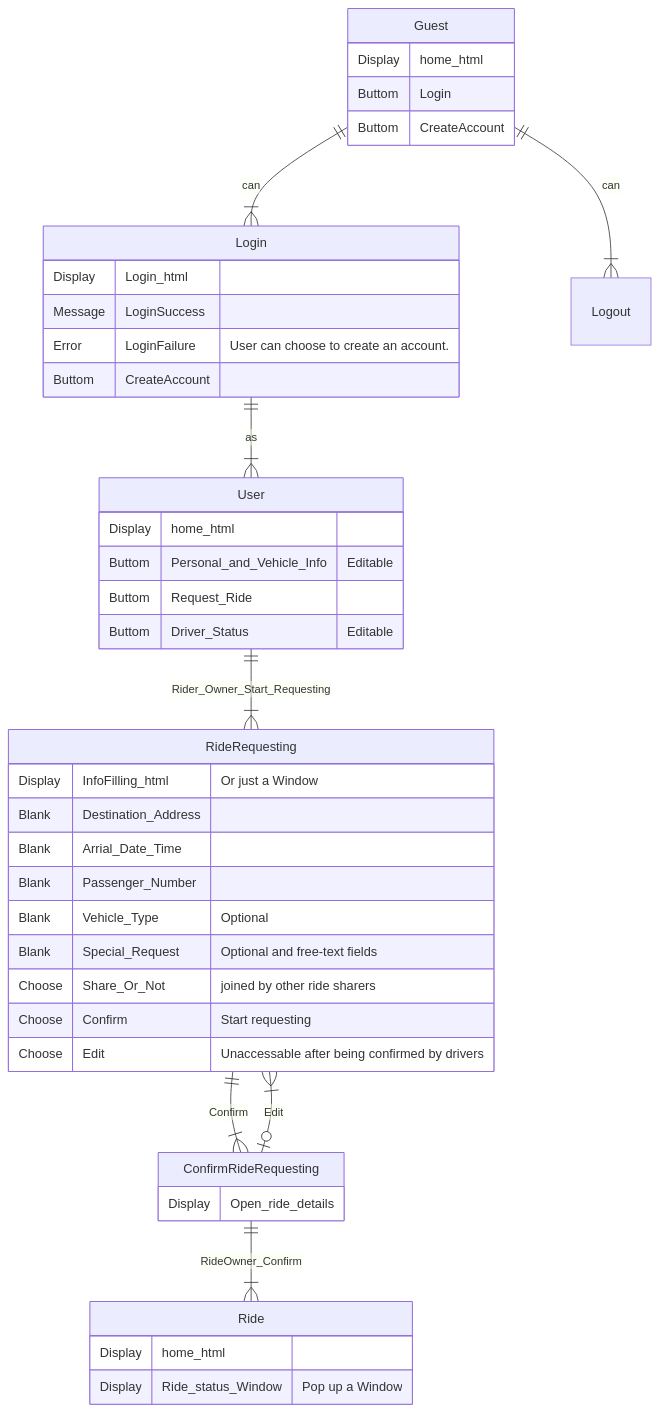
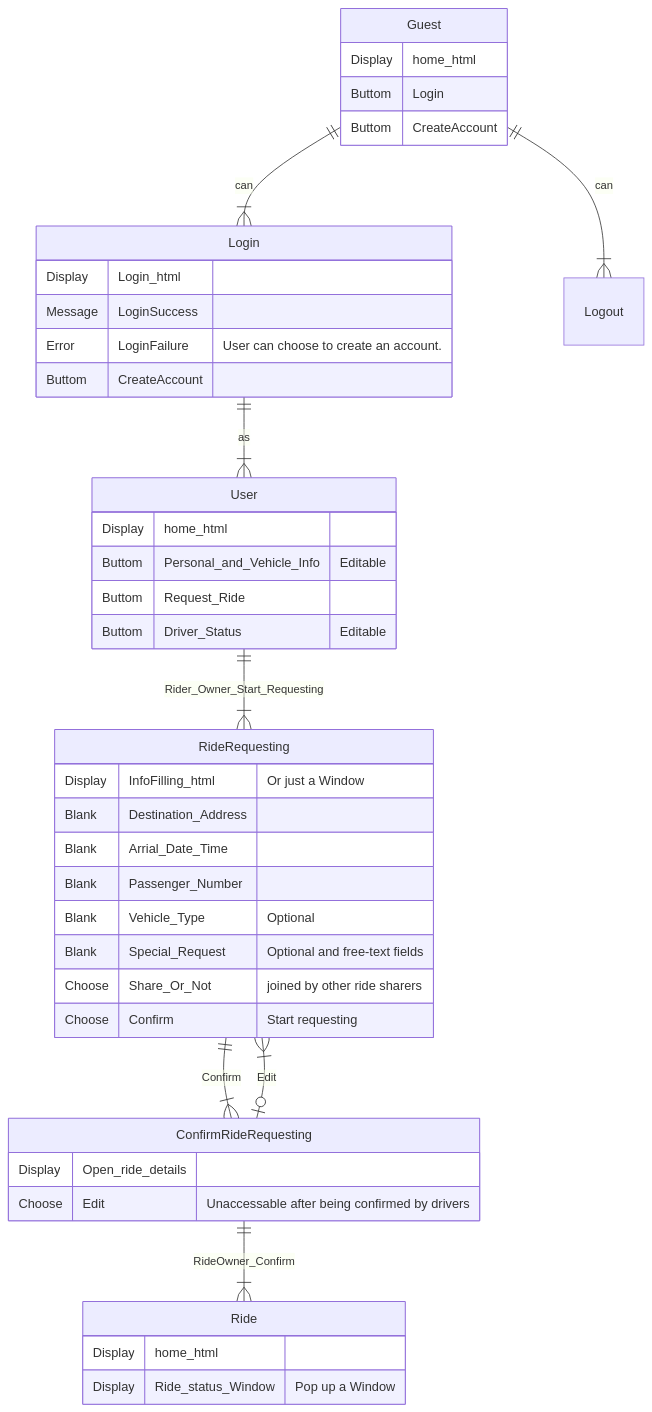
Before and after one commit to YUME-FF/Web-APP_Ride-Sharing-Service: the diagram in README.md, drawn with Mermaid. The commit also changed other lines of this file, not shown here.

````diff
--- a/README.md
+++ b/README.md
@@ -15,49 +15,49 @@
 ```mermaid
 erDiagram
 
     Guest ||--|{ Login : can
     Guest ||--|{ Logout : can
     Guest {
         Display home_html
         Buttom Login
         Buttom CreateAccount 
     }
     Login{
         Display Login_html
         Message LoginSuccess
         Error LoginFailure "User can choose to create an account."
         Buttom CreateAccount
     }
 
     Login ||--|{ User : as
     User{
         Display home_html
         Buttom Personal_and_Vehicle_Info "Editable"
         Buttom Request_Ride
         Buttom Driver_Status "Editable"
     }
 
     User ||--|{ RideRequesting : Rider_Owner_Start_Requesting
     RideRequesting{
         Display InfoFilling_html "Or just a Window"
         Blank Destination_Address
         Blank Arrial_Date_Time
         Blank Passenger_Number
         Blank Vehicle_Type "Optional"
         Blank Special_Request "Optional and free-text fields"
         Choose Share_Or_Not "joined by other ride sharers"
         Choose Confirm "Start requesting"
-        Choose Edit "Unaccessable after being confirmed by drivers"
     }
     RideRequesting ||--|{ ConfirmRideRequesting : Confirm
     ConfirmRideRequesting |o--|{ RideRequesting : Edit
     ConfirmRideRequesting{
         Display Open_ride_details
+        Choose Edit "Unaccessable after being confirmed by drivers"
     }
     ConfirmRideRequesting ||--|{ Ride : RideOwner_Confirm
     Ride{
         Display home_html
         Display Ride_status_Window "Pop up a Window"
 
     }
 ```
````
